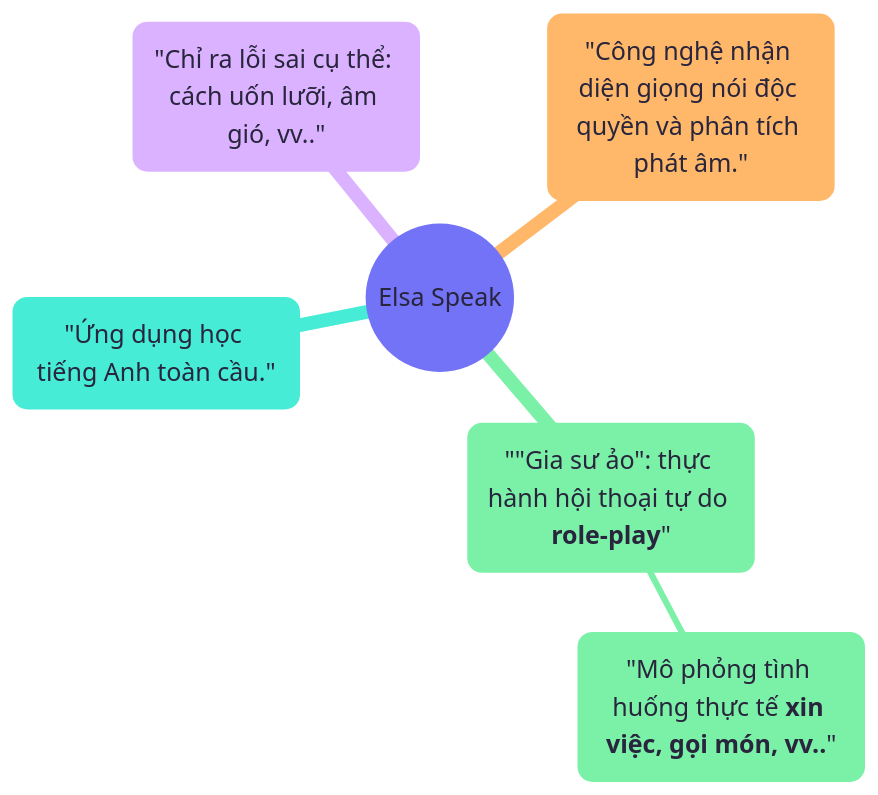
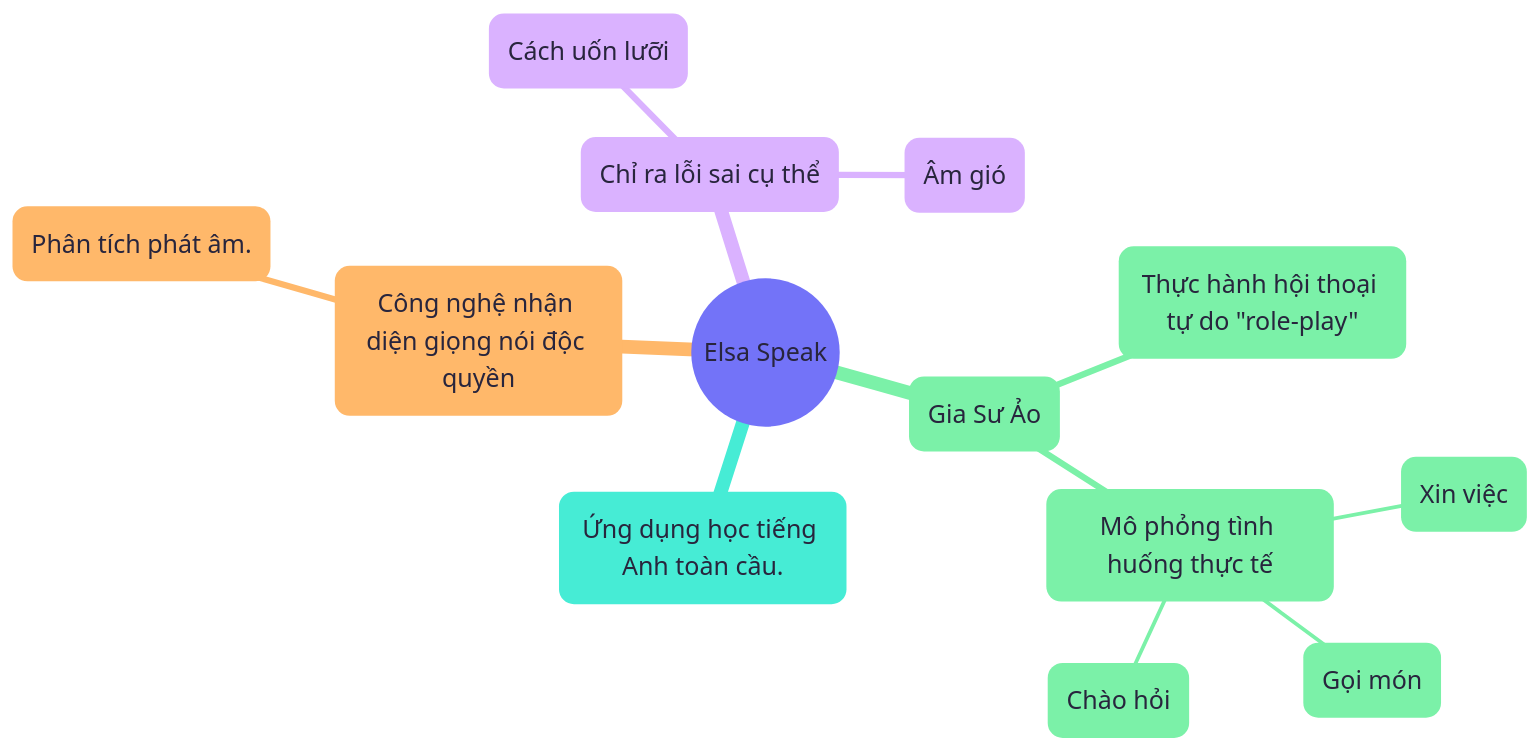
Before and after one commit to sam-uit/typst-report-template: the diagram in content/diagrams/chapter02-elsa-speak.mmd, drawn with Mermaid.

```diff
--- a/content/diagrams/chapter02-elsa-speak.mmd
+++ b/content/diagrams/chapter02-elsa-speak.mmd
@@ -1,14 +1,21 @@
 ---
 config:
   theme: redux-color
   themeVariables:
     fontFamily: Google Sans
     fontSize: 20px
 ---
 mindmap
   root(("Elsa Speak"))
-    "Ứng dụng học tiếng Anh toàn cầu."
-    "Công nghệ nhận diện giọng nói độc quyền và phân tích phát âm."
-    "Chỉ ra lỗi sai cụ thể: cách uốn lưỡi, âm gió, vv.."
-    "#quot;Gia sư ảo#quot;: thực hành hội thoại tự do **role-play**"
-        "Mô phỏng tình huống thực tế **xin việc, gọi món, vv..**"
+    ("Ứng dụng học tiếng Anh toàn cầu.")
+    ("Công nghệ nhận diện giọng nói độc quyền")
+      Phân tích phát âm.
+    ("Chỉ ra lỗi sai cụ thể")
+      Cách uốn lưỡi
+      Âm gió
+    ("Gia Sư Ảo")
+      Thực hành hội thoại tự do "role-play"
+      ("Mô phỏng tình huống thực tế")
+        Xin việc
+        Gọi món
+        Chào hỏi
```
